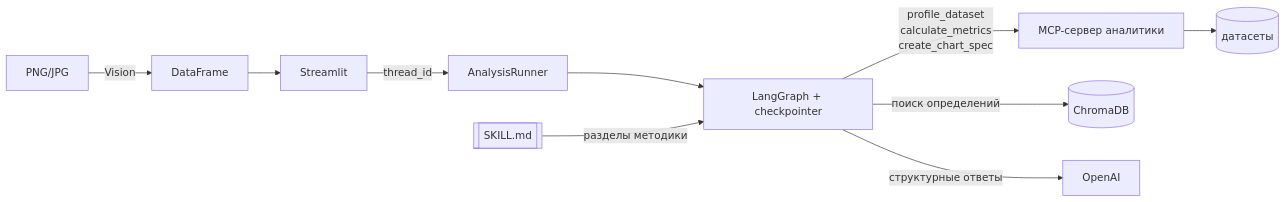
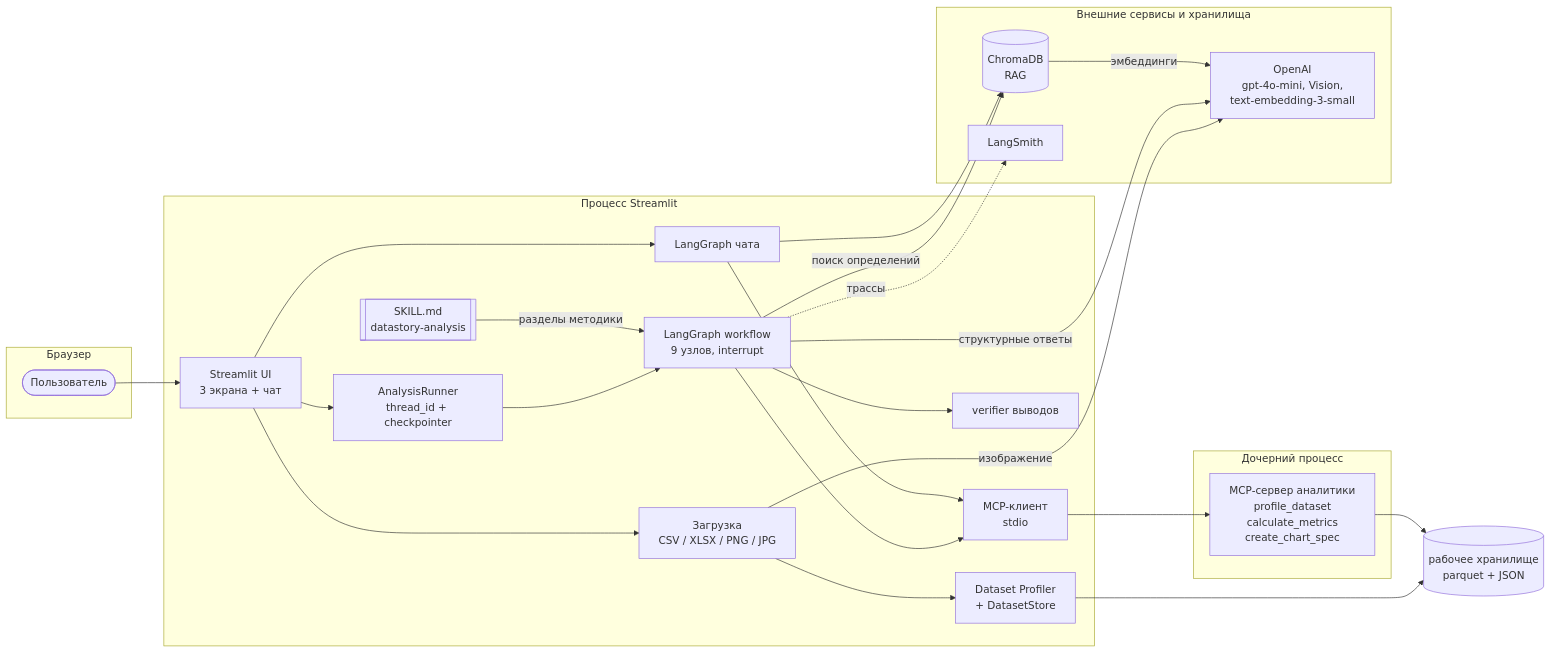
One commit to Adilbek-S/datastory-ai changed the first of 4 diagrams in ARCHITECTURE.md. Above: the diagram before and after it, drawn with Mermaid. The commit also changed other lines of this file and 11 other files, not shown here.

````diff
--- a/ARCHITECTURE.md
+++ b/ARCHITECTURE.md
@@ -22,12 +37,40 @@
 ```mermaid
 flowchart LR
-    IMG[PNG/JPG] -->|Vision| DF[DataFrame]
-    DF --> UI
-    UI[Streamlit] -->|thread_id| R[AnalysisRunner]
-    R --> G[LangGraph + checkpointer]
-    G -->|profile_dataset<br/>calculate_metrics<br/>create_chart_spec| MCP[MCP-сервер аналитики]
-    G -->|поиск определений| RAG[(ChromaDB)]
-    G -->|структурные ответы| LLM[OpenAI]
-    SK[[SKILL.md]] -->|разделы методики| G
-    MCP --> DS[(датасеты)]
+    subgraph Client[Браузер]
+        USER([Пользователь])
+    end
+    subgraph App[Процесс Streamlit]
+        UI[Streamlit UI<br/>3 экрана + чат]
+        LOAD[Загрузка<br/>CSV / XLSX / PNG / JPG]
+        PROF[Dataset Profiler<br/>+ DatasetStore]
+        RUN[AnalysisRunner<br/>thread_id + checkpointer]
+        WF[LangGraph workflow<br/>9 узлов, interrupt]
+        CHAT[LangGraph чата]
+        VER[verifier выводов]
+        SK[[SKILL.md<br/>datastory-analysis]]
+        MCPC[MCP-клиент<br/>stdio]
+    end
+    subgraph MCPS[Дочерний процесс]
+        MCP[MCP-сервер аналитики<br/>profile_dataset<br/>calculate_metrics<br/>create_chart_spec]
+    end
+    subgraph Ext[Внешние сервисы и хранилища]
+        OAI[OpenAI<br/>gpt-4o-mini, Vision,<br/>text-embedding-3-small]
+        CH[(ChromaDB<br/>RAG)]
+        LS[LangSmith]
+    end
+    DS[(рабочее хранилище<br/>parquet + JSON)]
+
+    USER --> UI --> LOAD --> PROF --> DS
+    LOAD -->|изображение| OAI
+    UI --> RUN --> WF
+    UI --> CHAT
+    WF -->|структурные ответы| OAI
+    SK -->|разделы методики| WF
+    WF --> VER
+    WF -->|поиск определений| CH
+    CH -->|эмбеддинги| OAI
+    WF --> MCPC --> MCP --> DS
+    CHAT --> MCPC
+    CHAT --> CH
+    WF -.->|трассы| LS
 ```
````
